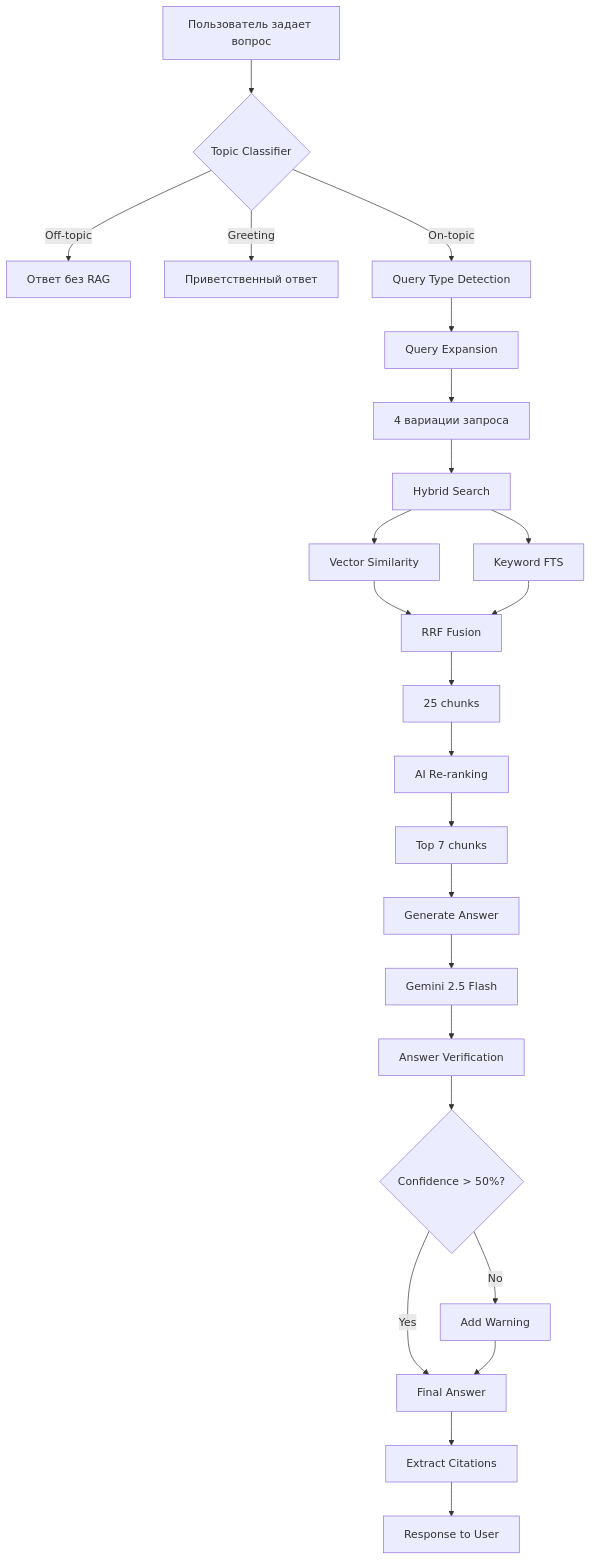
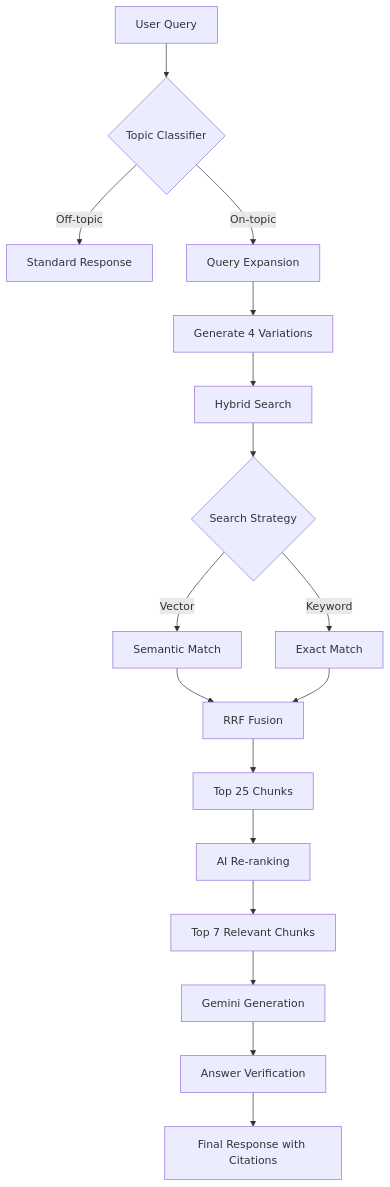
The second of 3 diagrams in README.md (MakazhanAlpamys/Permit-Forge), drawn with Mermaid before and after one commit. The commit also changed other lines of this file and 8 other files, not shown here.

````diff
--- a/README.md
+++ b/README.md
@@ -164,32 +74,23 @@
 ```mermaid
 flowchart TD
-    A[Пользователь задает вопрос] --> B{Topic Classifier}
-    B -->|Off-topic| C[Ответ без RAG]
-    B -->|Greeting| D[Приветственный ответ]
-    B -->|On-topic| E[Query Type Detection]
+    A[User Query] --> B{Topic Classifier}
+    B -->|Off-topic| C[Standard Response]
+    B -->|On-topic| E[Query Expansion]
     
-    E --> F[Query Expansion]
-    F --> G[4 вариации запроса]
+    E --> F[Generate 4 Variations]
+    F --> G[Hybrid Search]
     
-    G --> H[Hybrid Search]
-    H --> I[Vector Similarity]
-    H --> J[Keyword FTS]
-    I --> K[RRF Fusion]
-    J --> K
+    G --> H{Search Strategy}
+    H -->|Vector| I[Semantic Match]
+    H -->|Keyword| J[Exact Match]
     
-    K --> L[25 chunks]
+    I & J --> K[RRF Fusion]
+    K --> L[Top 25 Chunks]
+    
     L --> M[AI Re-ranking]
-    M --> N[Top 7 chunks]
+    M --> N[Top 7 Relevant Chunks]
     
-    N --> O[Generate Answer]
-    O --> P[Gemini 2.5 Flash]
-    
-    P --> Q[Answer Verification]
-    Q --> R{Confidence > 50%?}
-    R -->|Yes| S[Final Answer]
-    R -->|No| T[Add Warning]
-    T --> S
-    
-    S --> U[Extract Citations]
-    U --> V[Response to User]
+    N --> O[Gemini Generation]
+    O --> P[Answer Verification]
+    P --> Q[Final Response with Citations]
 ```
````
